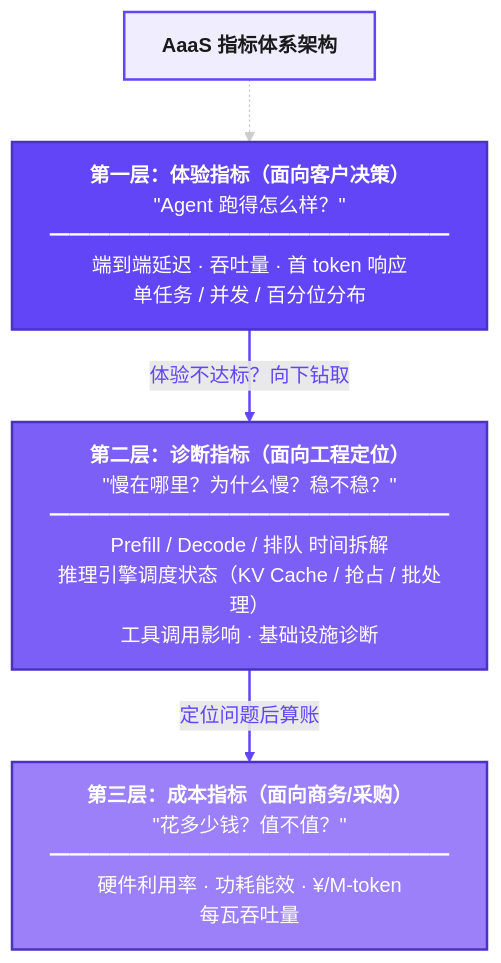
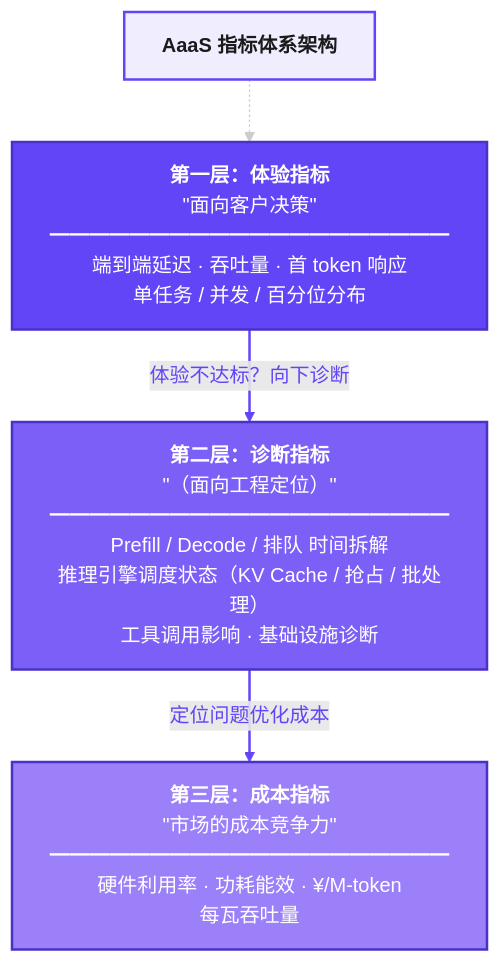
One commit to hanjoycai/42Vector-obsidian changed the second of 2 diagrams in AaaS 验证平台/AaaS指标报告模板.md. Above: the diagram before and after it, drawn with Mermaid. The commit also changed other lines of this file and 2 other files, not shown here.

````diff
--- a/AaaS 验证平台/AaaS指标报告模板.md
+++ b/AaaS 验证平台/AaaS指标报告模板.md
@@ -204,22 +212,22 @@
 ```mermaid
 flowchart TB
     title["<b>AaaS 指标体系架构</b>"]
     style title fill:#f0edff,stroke:#6245f6,stroke-width:2px,color:#1a1a1a
 
-    L1["<b>第一层：体验指标（面向客户决策）</b><br/>&quot;Agent 跑得怎么样？&quot;<br/>━━━━━━━━━━━━━━━━━━━━<br/>端到端延迟 · 吞吐量 · 首 token 响应<br/>单任务 / 并发 / 百分位分布"]
+    L1["<b>第一层：体验指标</b><br/>&quot;面向客户决策&quot;<br/>━━━━━━━━━━━━━━━━━━━━<br/>端到端延迟 · 吞吐量 · 首 token 响应<br/>单任务 / 并发 / 百分位分布"]
     style L1 fill:#6245f6,stroke:#4a32c9,stroke-width:2px,color:#ffffff
 
-    L2["<b>第二层：诊断指标（面向工程定位）</b><br/>&quot;慢在哪里？为什么慢？稳不稳？&quot;<br/>━━━━━━━━━━━━━━━━━━━━<br/>Prefill / Decode / 排队 时间拆解<br/>推理引擎调度状态（KV Cache / 抢占 / 批处理）<br/>工具调用影响 · 基础设施诊断"]
+    L2["<b>第二层：诊断指标</b><br/>&quot;（面向工程定位）&quot;<br/>━━━━━━━━━━━━━━━━━━━━<br/>Prefill / Decode / 排队 时间拆解<br/>推理引擎调度状态（KV Cache / 抢占 / 批处理）<br/>工具调用影响 · 基础设施诊断"]
     style L2 fill:#7c5ff7,stroke:#4a32c9,stroke-width:2px,color:#ffffff
 
-    L3["<b>第三层：成本指标（面向商务/采购）</b><br/>&quot;花多少钱？值不值？&quot;<br/>━━━━━━━━━━━━━━━━━━━━<br/>硬件利用率 · 功耗能效 · ¥/M-token<br/>每瓦吞吐量"]
+    L3["<b>第三层：成本指标</b><br/>&quot;市场的成本竞争力&quot;<br/>━━━━━━━━━━━━━━━━━━━━<br/>硬件利用率 · 功耗能效 · ¥/M-token<br/>每瓦吞吐量"]
     style L3 fill:#9b80f9,stroke:#4a32c9,stroke-width:2px,color:#ffffff
 
     title -.-> L1
-    L1 -->|"体验不达标？向下钻取"| L2
-    L2 -->|"定位问题后算账"| L3
+    L1 -->|"体验不达标？向下诊断"| L2
+    L2 -->|"定位问题优化成本"| L3
 
     linkStyle 0 stroke:#cccccc,stroke-width:1px
     linkStyle 1 stroke:#6245f6,stroke-width:2px,color:#6245f6
     linkStyle 2 stroke:#6245f6,stroke-width:2px,color:#6245f6
 ```
````
